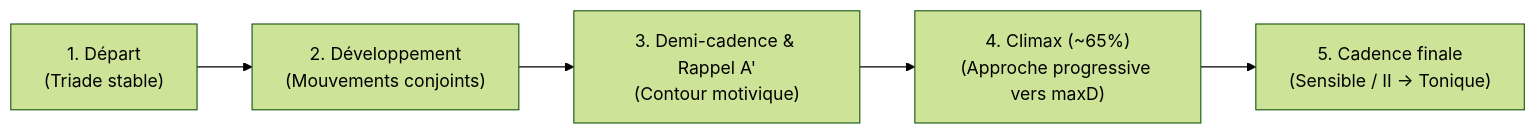
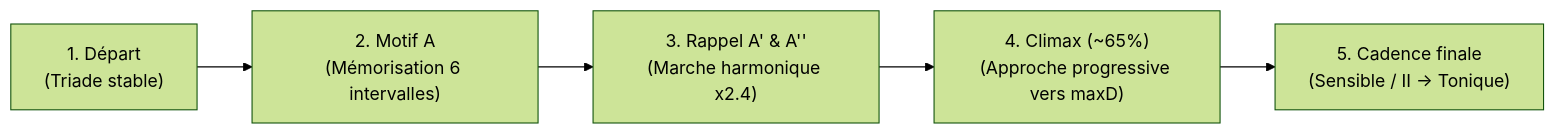
Before and after one commit to antoineb75/music-generator-sightreading: the third of 3 diagrams in ALGORITHME.md, drawn with Mermaid (forest theme). The commit also changed other lines of this file and 10 other files, not shown here.

````diff
--- a/ALGORITHME.md
+++ b/ALGORITHME.md
@@ -125,7 +135,7 @@
 ```mermaid
 flowchart LR
-    M1["1. Départ<br/>(Triade stable)"] --> M2["2. Développement<br/>(Mouvements conjoints)"]
-    M2 --> M3["3. Demi-cadence & Rappel A'<br/>(Contour motivique)"]
+    M1["1. Départ<br/>(Triade stable)"] --> M2["2. Motif A<br/>(Mémorisation 6 intervalles)"]
+    M2 --> M3["3. Rappel A' & A''<br/>(Marche harmonique x2.4)"]
     M3 --> M4["4. Climax (~65%)<br/>(Approche progressive vers maxD)"]
     M4 --> M5["5. Cadence finale<br/>(Sensible / II -> Tonique)"]
 ```
````
